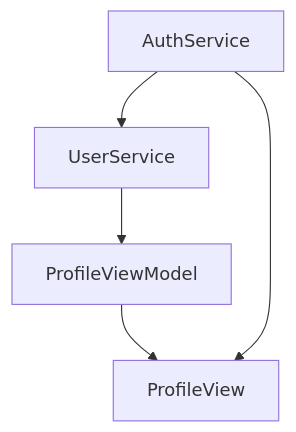
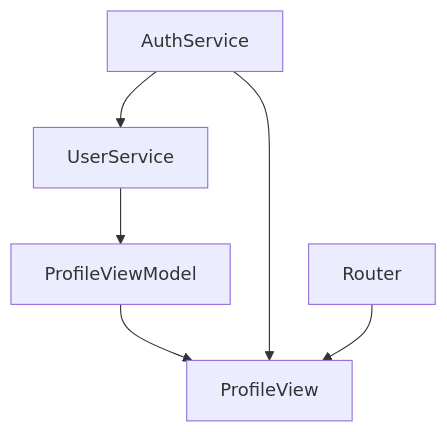
The diagram in NeoDB/NeoDB/References/Cursor/auth_and_profile.md (Piecelet/neodb-app), drawn with Mermaid before and after one commit. The commit also changed other lines of this file and 3 other files, not shown here.

````diff
--- a/NeoDB/NeoDB/References/Cursor/auth_and_profile.md
+++ b/NeoDB/NeoDB/References/Cursor/auth_and_profile.md
@@ -6,7 +6,8 @@
 ```mermaid
 graph TD
     A[AuthService] --> B[UserService]
     B --> C[ProfileViewModel]
     C --> D[ProfileView]
     A --> D
+    E[Router] --> D
 ```
````
